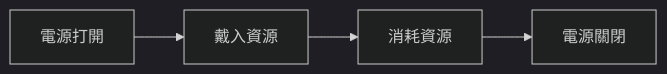
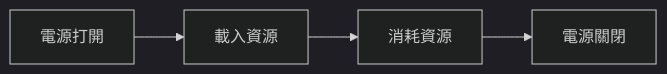
The first of 3 diagrams in src/data/blog/Server-Hypervisor.md (neko0xff/blog_astroV2), drawn with Mermaid (dark theme) before and after one commit. The commit also changed other lines of this file and 1 other file, not shown here.

Commit message:
20260531 update3

````diff
--- a/src/data/blog/Server-Hypervisor.md
+++ b/src/data/blog/Server-Hypervisor.md
@@ -108,4 +108,4 @@
   ```mermaid
     graph LR;
-       電源打開 --> 戴入資源 --> 消耗資源 --> 電源關閉
+       電源打開 --> 載入資源 --> 消耗資源 --> 電源關閉
   ```
````
